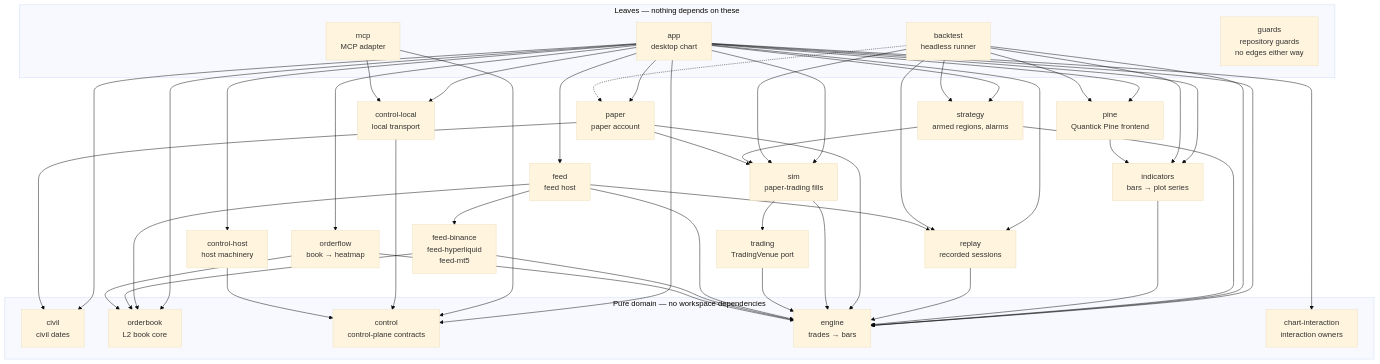
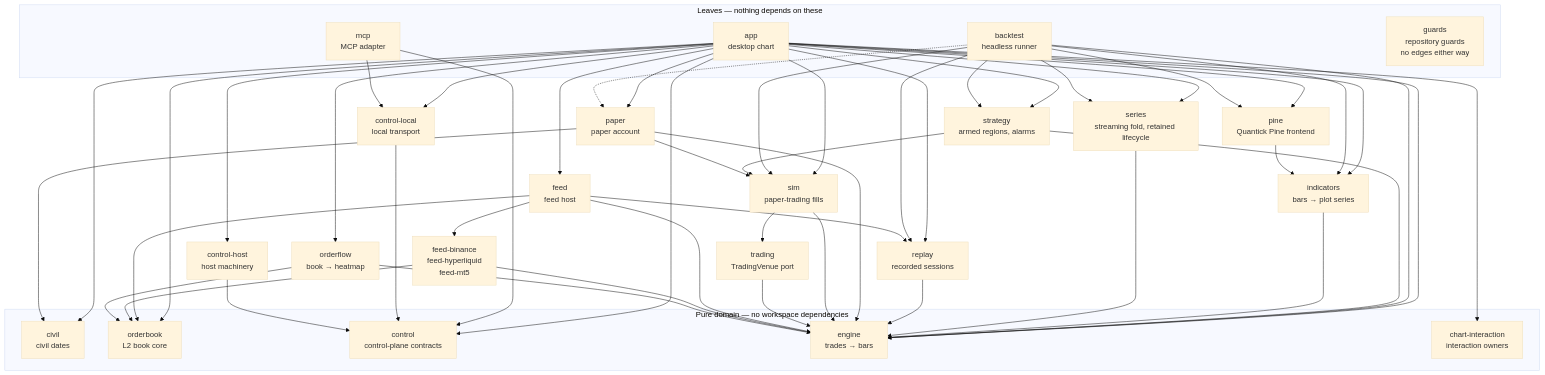
One commit to milocaetano/quantick changed the diagram in AGENTS.md. Above: the diagram before and after it, drawn with Mermaid (base theme). The commit also changed other lines of this file and 56 other files, not shown here.

````diff
--- a/AGENTS.md
+++ b/AGENTS.md
@@ -105,64 +105,67 @@
 ```mermaid
 graph TD
   subgraph leaves["Leaves — nothing depends on these"]
     app["app<br/>desktop chart"]
     backtest["backtest<br/>headless runner"]
     mcp["mcp<br/>MCP adapter"]
     guards["guards<br/>repository guards<br/>no edges either way"]
   end
 
   app --> pine
   app --> indicators
   app --> strategy
   app --> sim
   app --> paper
   app --> civil
   app --> replay
   app --> orderbook
   app --> orderflow
   app --> feed
   app --> control
   app --> controllocal
   app --> controlhost
   app --> engine
+  app --> series
   app --> chartinteraction
   backtest --> strategy
   backtest --> pine
   backtest --> indicators
   backtest --> replay
   backtest --> sim
   backtest -.-> paper
   backtest --> engine
+  backtest --> series
   mcp --> controllocal
   mcp --> control
 
   pine["pine<br/>Quantick Pine frontend"] --> indicators
   strategy["strategy<br/>armed regions, alarms"] --> sim
   strategy --> engine
   controllocal["control-local<br/>local transport"] --> control
   controlhost["control-host<br/>host machinery"] --> control
   indicators["indicators<br/>bars → plot series"] --> engine
+  series["series<br/>streaming fold, retained lifecycle"] --> engine
   replay["replay<br/>recorded sessions"] --> engine
   paper["paper<br/>paper account"] --> sim
   paper --> engine
   paper --> civil
   sim["sim<br/>paper-trading fills"] --> trading
   sim --> engine
   trading["trading<br/>TradingVenue port"] --> engine
   feed["feed<br/>feed host"] --> feeds
   feed --> replay
   feed --> orderbook
   feed --> engine
   feeds["feed-binance<br/>feed-hyperliquid<br/>feed-mt5"] --> engine
   feeds --> orderbook
   orderflow["orderflow<br/>book → heatmap"] --> engine
   orderflow --> orderbook
 
   subgraph pure["Pure domain — no workspace dependencies"]
     chartinteraction["chart-interaction<br/>interaction owners"]
     engine["engine<br/>trades → bars"]
     orderbook["orderbook<br/>L2 book core"]
     control["control<br/>control-plane contracts"]
     civil["civil<br/>civil dates"]
   end
 ```
````
